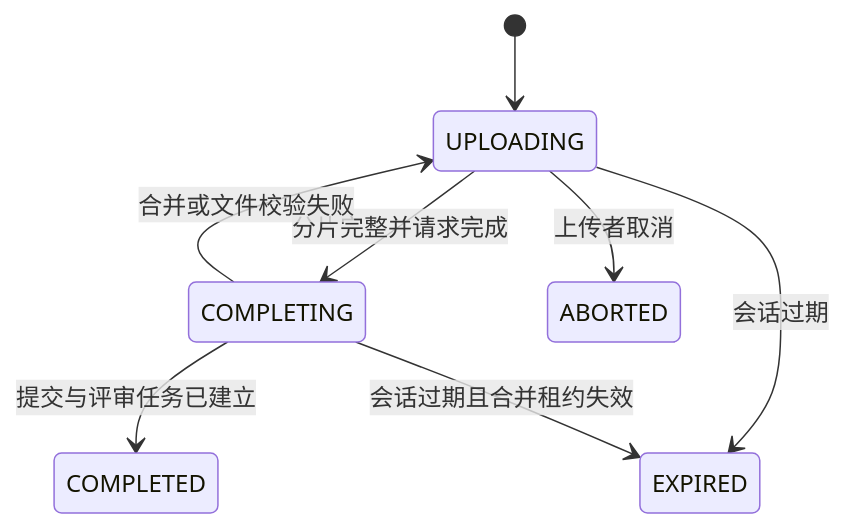
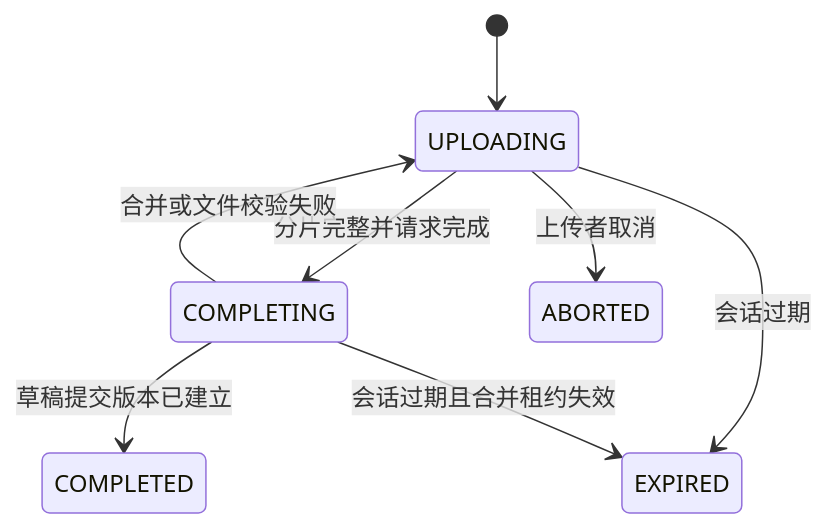
The second of 2 diagrams in docs/project/03-微服务设计/submission-service/论文提交/上传流程.md (Dorian7Alden/LeetModel), drawn with Mermaid before and after one commit. The commit also changed other lines of this file and 6 other files, not shown here.

````diff
--- a/docs/project/03-微服务设计/submission-service/论文提交/上传流程.md
+++ b/docs/project/03-微服务设计/submission-service/论文提交/上传流程.md
@@ -30,10 +34,10 @@
 ```mermaid
 stateDiagram-v2
     [*] --> UPLOADING
     UPLOADING --> COMPLETING: 分片完整并请求完成
     COMPLETING --> UPLOADING: 合并或文件校验失败
-    COMPLETING --> COMPLETED: 提交与评审任务已建立
+    COMPLETING --> COMPLETED: 草稿提交版本已建立
     UPLOADING --> ABORTED: 上传者取消
     UPLOADING --> EXPIRED: 会话过期
     COMPLETING --> EXPIRED: 会话过期且合并租约失效
 ```
````
